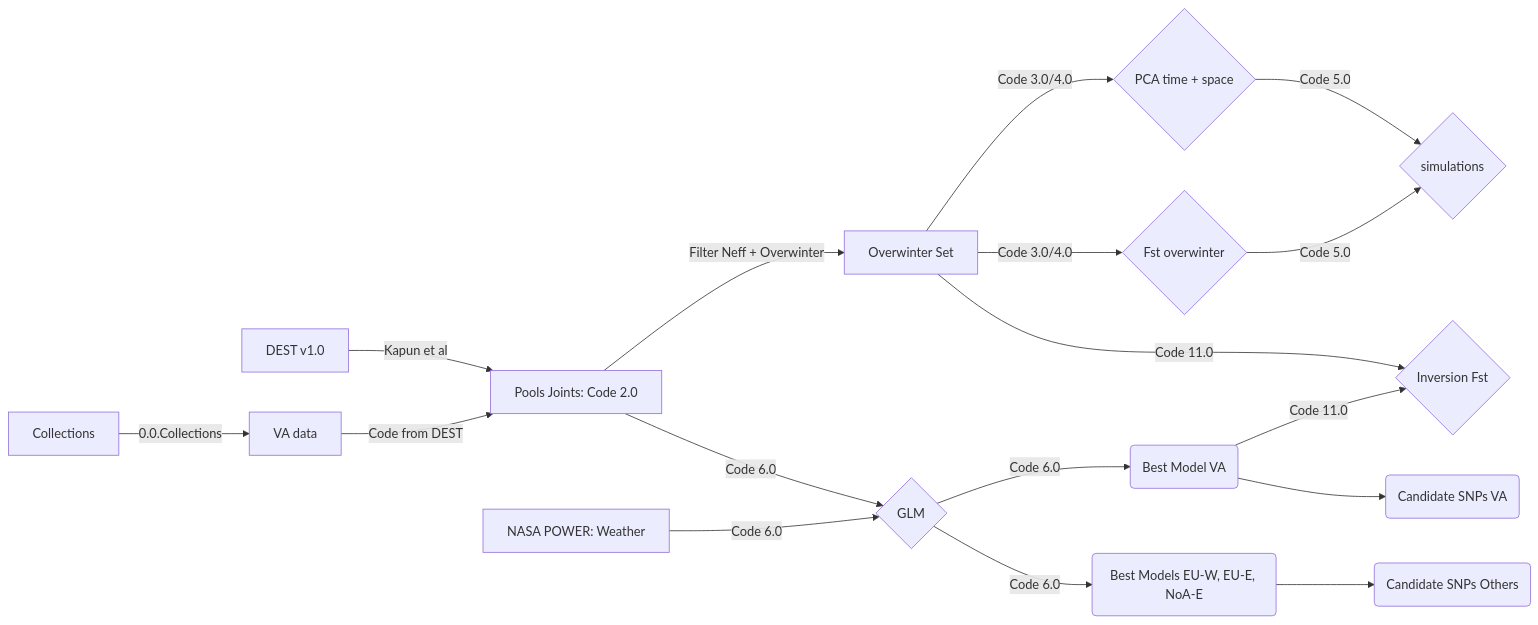
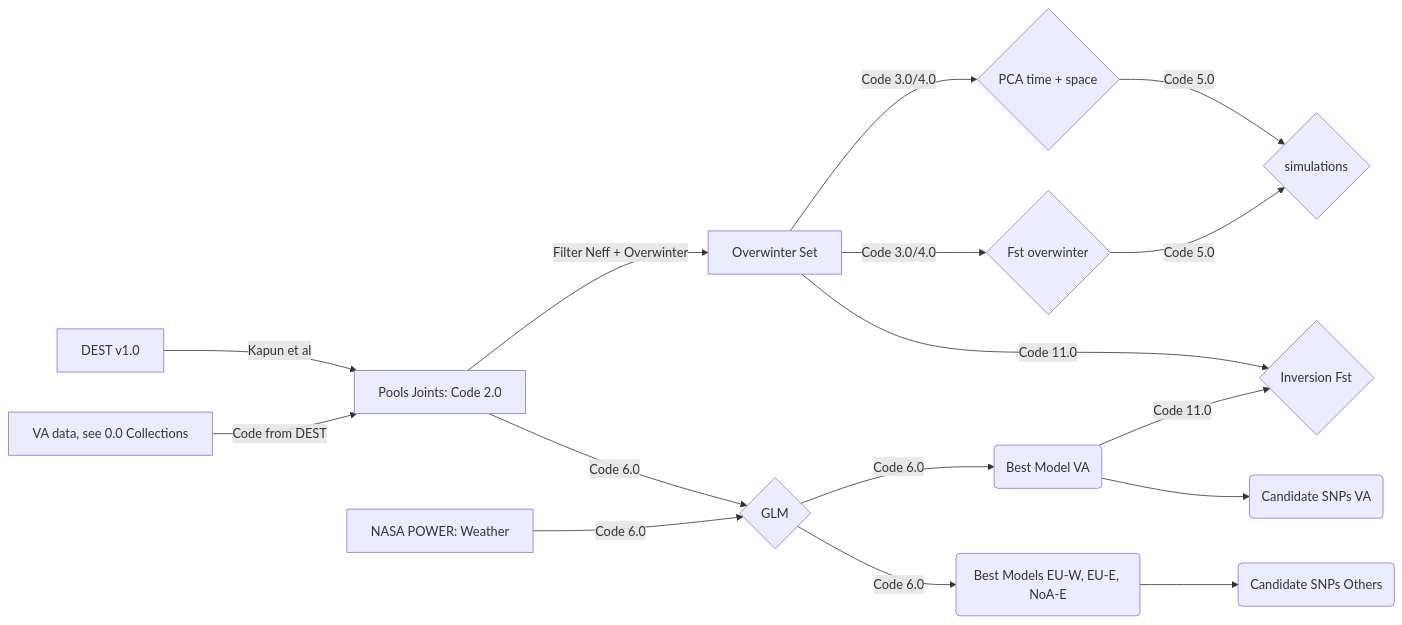
Before and after one commit to Jcbnunez/Cville-Seasonality-2016-2019: the first of 3 diagrams in README.md, drawn with Mermaid. The commit also changed other lines of this file, not shown here.

````diff
--- a/README.md
+++ b/README.md
@@ -11,20 +11,19 @@
 ```mermaid
 graph LR
 A[DEST v1.0] -- Kapun et al --> B[Pools Joints: Code 2.0]
-C[VA data] -- Code from DEST --> B
+C[VA data, see 0.0 Collections] -- Code from DEST --> B
 B --Filter Neff + Overwinter-->Z[Overwinter Set]
 Z --Code 3.0/4.0--> 2{PCA time + space}
 Z --Code 3.0/4.0--> 1{Fst overwinter}
 rr{simulations}
 2 --Code 5.0--> rr
 1 --Code 5.0--> rr
 B --Code 6.0--> E{GLM}
 F[NASA POWER: Weather] --Code 6.0--> E
 E --Code 6.0--> 22(Best Model VA)
 E --Code 6.0--> 33(Best Models EU-W, EU-E, NoA-E)
 22 --> 11(Candidate SNPs VA)
 33 --> 44(Candidate SNPs Others)
-tt[Collections] --0.0.Collections--> C
 Z --Code 11.0--> gg{Inversion Fst} 
 22 --Code 11.0--> gg
 ```
````
